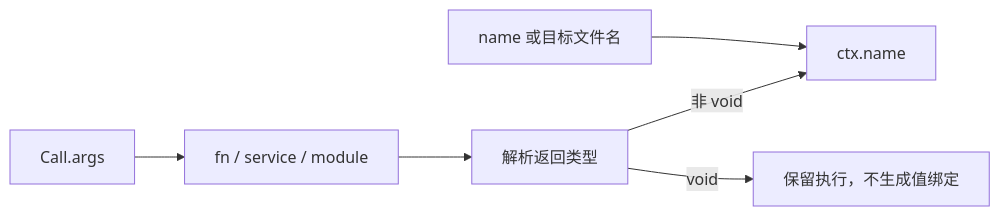
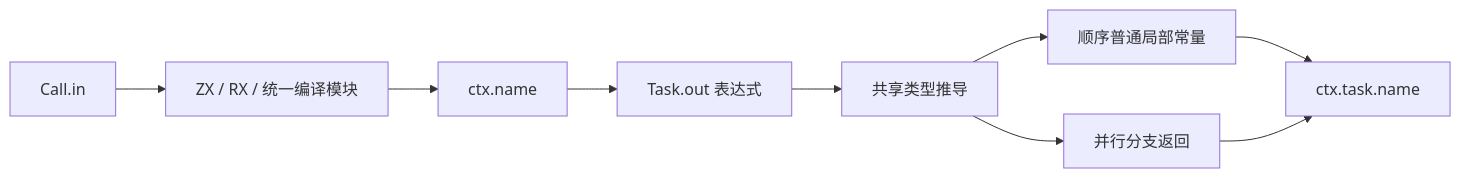
Before and after one commit to MatrixAges/zxc: the first of 2 diagrams in docs/2026-10-06/RX调用参数与命名结果.md, drawn with Mermaid. The commit also changed other lines of this file and 39 other files, not shown here.

````diff
--- a/docs/2026-10-06/RX调用参数与命名结果.md
+++ b/docs/2026-10-06/RX调用参数与命名结果.md
@@ -32,8 +34,11 @@
 ```mermaid
 flowchart LR
-  Args[Call.args] --> Target[fn / service / module]
-  Target --> Type[解析返回类型]
-  Name[name 或目标文件名] --> Bind[ctx.name]
-  Type -->|非 void| Bind
-  Type -->|void| Effect[保留执行，不生成值绑定]
+  Call[Call.in] --> Function[ZX / RX / 统一编译模块]
+  Function --> CallResult[ctx.name]
+  CallResult --> Out[Task.out 表达式]
+  Out --> Infer[共享类型推导]
+  Infer --> Sequential[顺序普通局部常量]
+  Infer --> Parallel[并行分支返回]
+  Sequential --> Result[ctx.task.name]
+  Parallel --> Result
 ```
````
